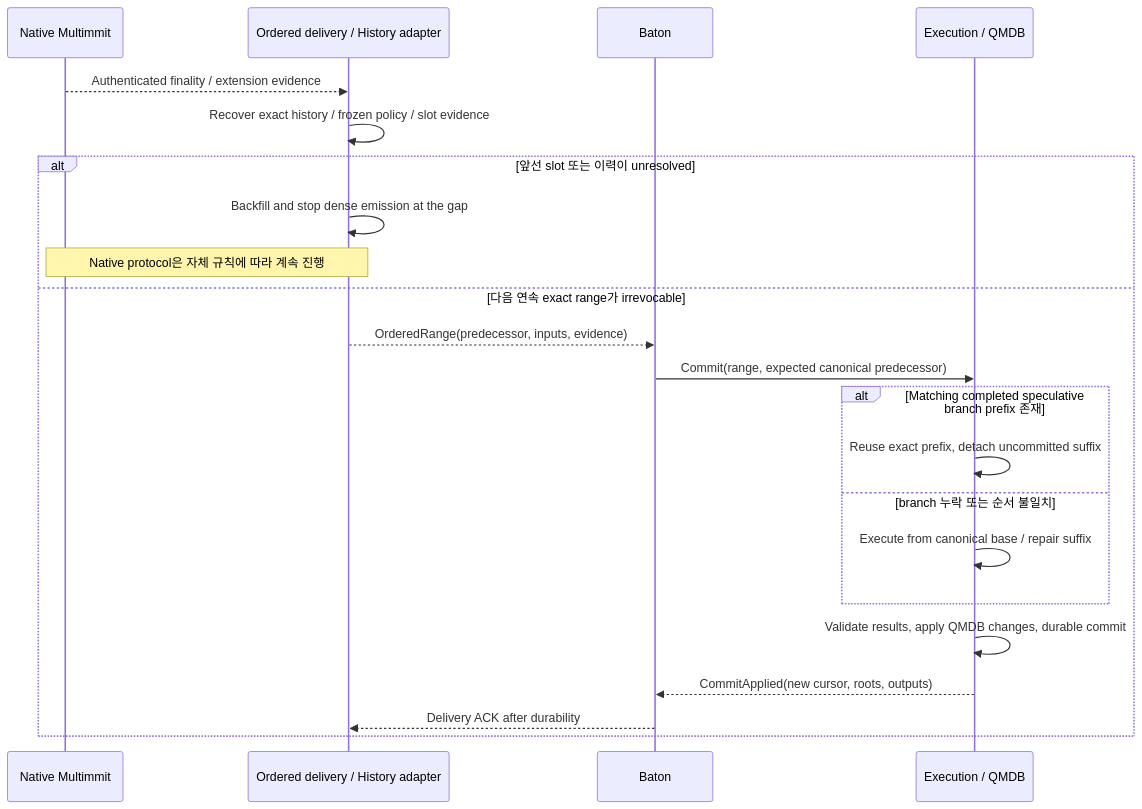
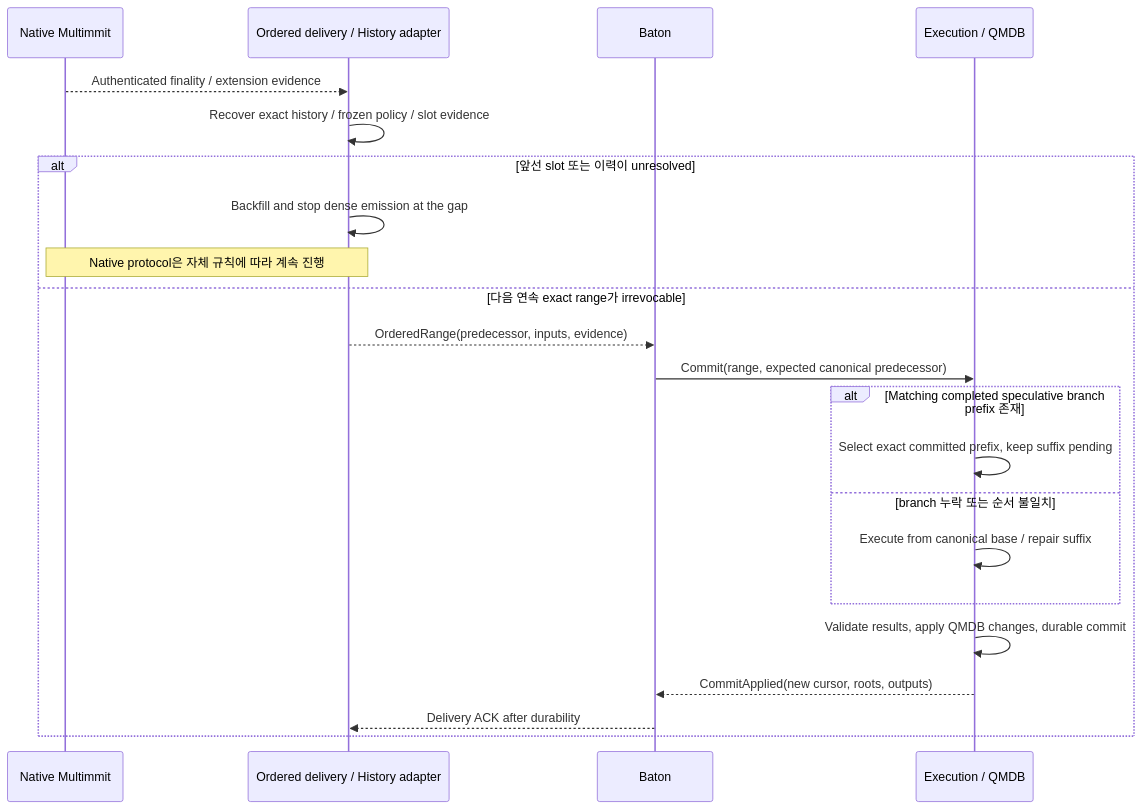
The eighth of 17 diagrams in IMPLEMENTATION_SPEC.md (djm07073/baton-research), drawn with Mermaid before and after one commit. The commit also changed other lines of this file and 231 other files, not shown here.

````diff
--- a/IMPLEMENTATION_SPEC.md
+++ b/IMPLEMENTATION_SPEC.md
@@ -377,24 +387,24 @@
 ```mermaid
 sequenceDiagram
     participant N as Native Multimmit
     participant M as Ordered delivery / History adapter
     participant B as Baton
     participant E as Execution / QMDB
     N-->>M: Authenticated finality / extension evidence
     M->>M: Recover exact history / frozen policy / slot evidence
     alt 앞선 slot 또는 이력이 unresolved
         M->>M: Backfill and stop dense emission at the gap
         Note over N,M: Native protocol은 자체 규칙에 따라 계속 진행
     else 다음 연속 exact range가 irrevocable
         M-->>B: OrderedRange(predecessor, inputs, evidence)
         B->>E: Commit(range, expected canonical predecessor)
         alt Matching completed speculative branch prefix 존재
-            E->>E: Reuse exact prefix, detach uncommitted suffix
+            E->>E: Select exact committed prefix, keep suffix pending
         else branch 누락 또는 순서 불일치
             E->>E: Execute from canonical base / repair suffix
         end
         E->>E: Validate results, apply QMDB changes, durable commit
         E-->>B: CommitApplied(new cursor, roots, outputs)
         B-->>M: Delivery ACK after durability
     end
 ```
````
